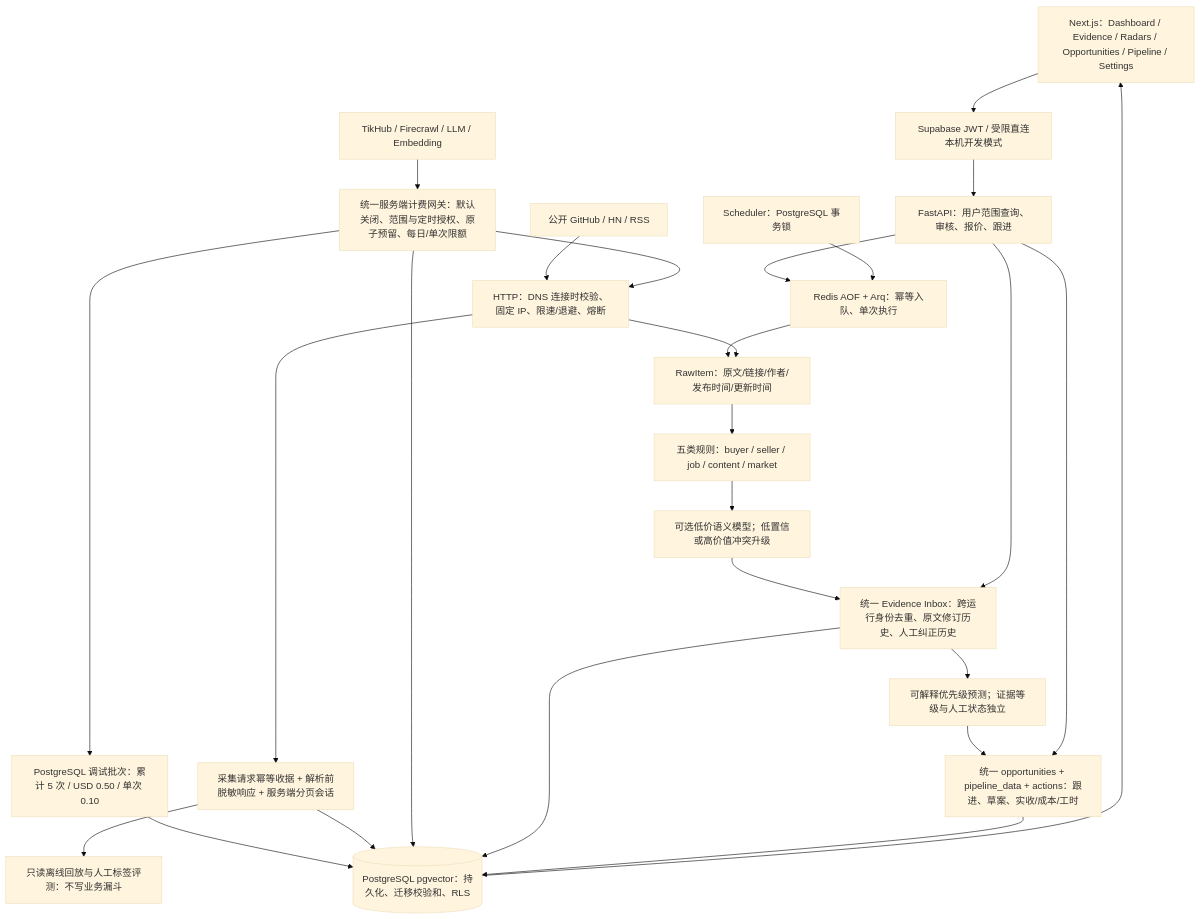
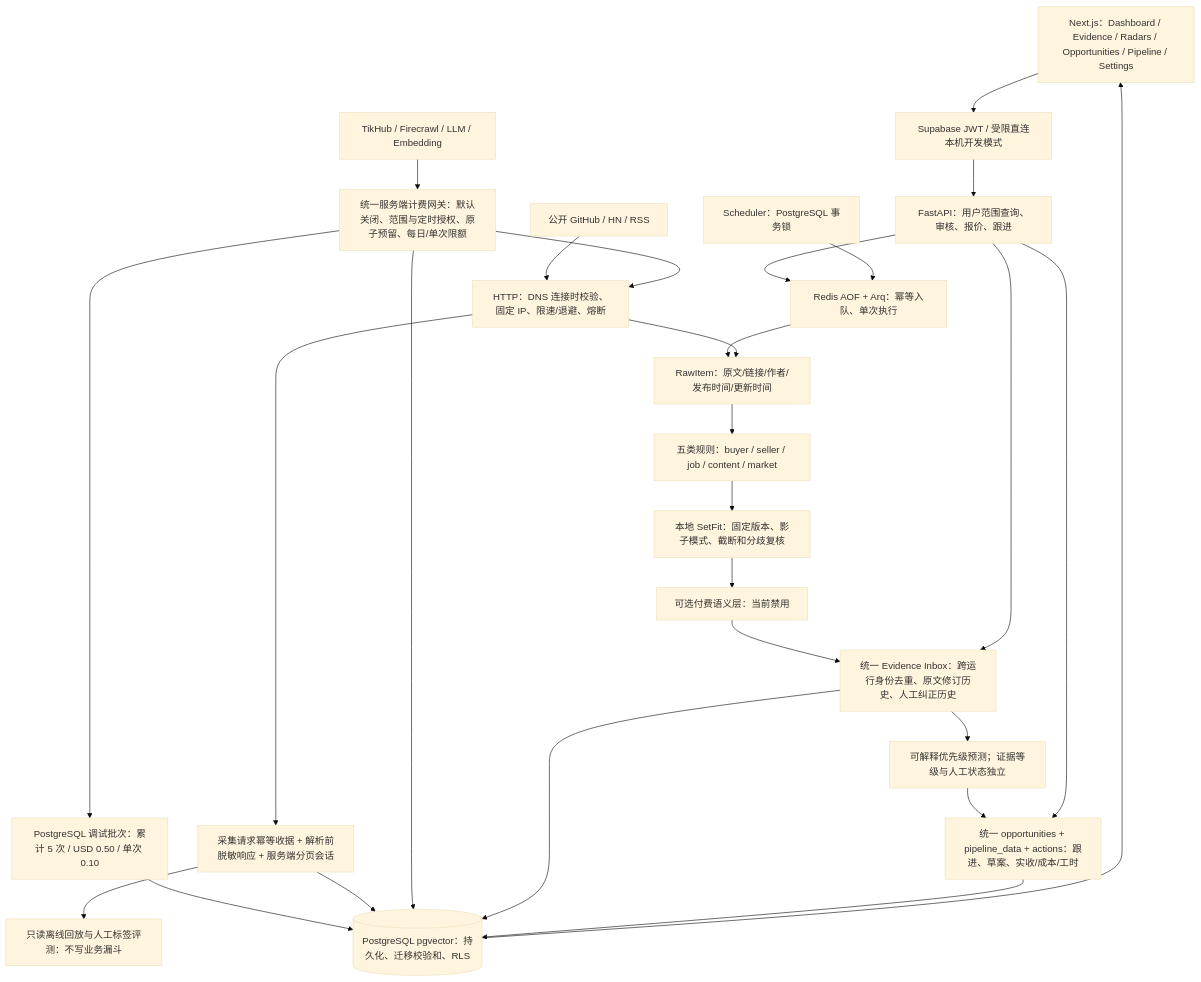
Before and after one commit to Joho6666/opportunity-radar: the diagram in CURRENT_ARCHITECTURE.md, drawn with Mermaid (base theme). The commit also changed other lines of this file and 7 other files, not shown here.

````diff
--- a/CURRENT_ARCHITECTURE.md
+++ b/CURRENT_ARCHITECTURE.md
@@ -5,37 +5,38 @@
 ```mermaid
 flowchart TB
  UI[Next.js：Dashboard / Evidence / Radars / Opportunities / Pipeline / Settings]
  AUTH[Supabase JWT / 受限直连本机开发模式]
  API[FastAPI：用户范围查询、审核、报价、跟进]
  QUEUE[Redis AOF + Arq：幂等入队、单次执行]
  SCH[Scheduler：PostgreSQL 事务锁]
  FREE[公开 GitHub / HN / RSS]
  PAID[TikHub / Firecrawl / LLM / Embedding]
  BILL[统一服务端计费网关：默认关闭、范围与定时授权、原子预留、每日/单次限额]
  BATCH[PostgreSQL 调试批次：累计 5 次 / USD 0.50 / 单次 0.10]
  RECEIPT[采集请求幂等收据 + 解析前脱敏响应 + 服务端分页会话]
  REPLAY[只读离线回放与人工标签评测：不写业务漏斗]
  HTTP[HTTP：DNS 连接时校验、固定 IP、限速/退避、熔断]
  RAW[RawItem：原文/链接/作者/发布时间/更新时间]
  RULE[五类规则：buyer / seller / job / content / market]
- AI[可选低价语义模型；低置信或高价值冲突升级]
+ LOCAL[本地 SetFit：固定版本、影子模式、截断和分歧复核]
+ AI[可选付费语义层：当前禁用]
  EVID[统一 Evidence Inbox：跨运行身份去重、原文修订历史、人工纠正历史]
  SCORE[可解释优先级预测；证据等级与人工状态独立]
  CRM[统一 opportunities + pipeline_data + actions：跟进、草案、实收/成本/工时]
  PG[(PostgreSQL pgvector：持久化、迁移校验和、RLS)]
  UI --> AUTH --> API
  API --> QUEUE
  SCH --> QUEUE --> RAW
  FREE --> HTTP --> RAW
  PAID --> BILL --> HTTP
  BILL --> BATCH --> PG
  HTTP --> RECEIPT --> PG
  RECEIPT --> REPLAY
- RAW --> RULE --> AI --> EVID --> SCORE --> CRM
+ RAW --> RULE --> LOCAL --> AI --> EVID --> SCORE --> CRM
  API --> EVID
  API --> CRM
  BILL --> PG
  EVID --> PG
  CRM --> PG
  PG --> UI
 ```
````
